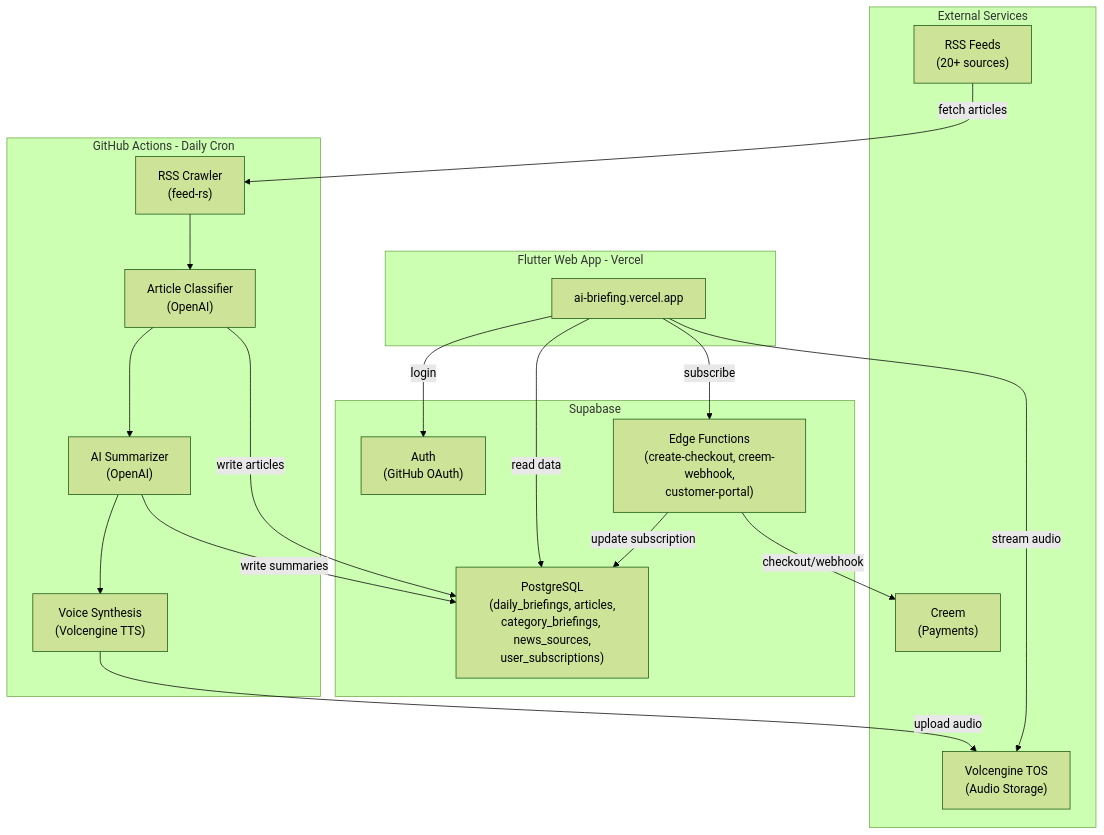
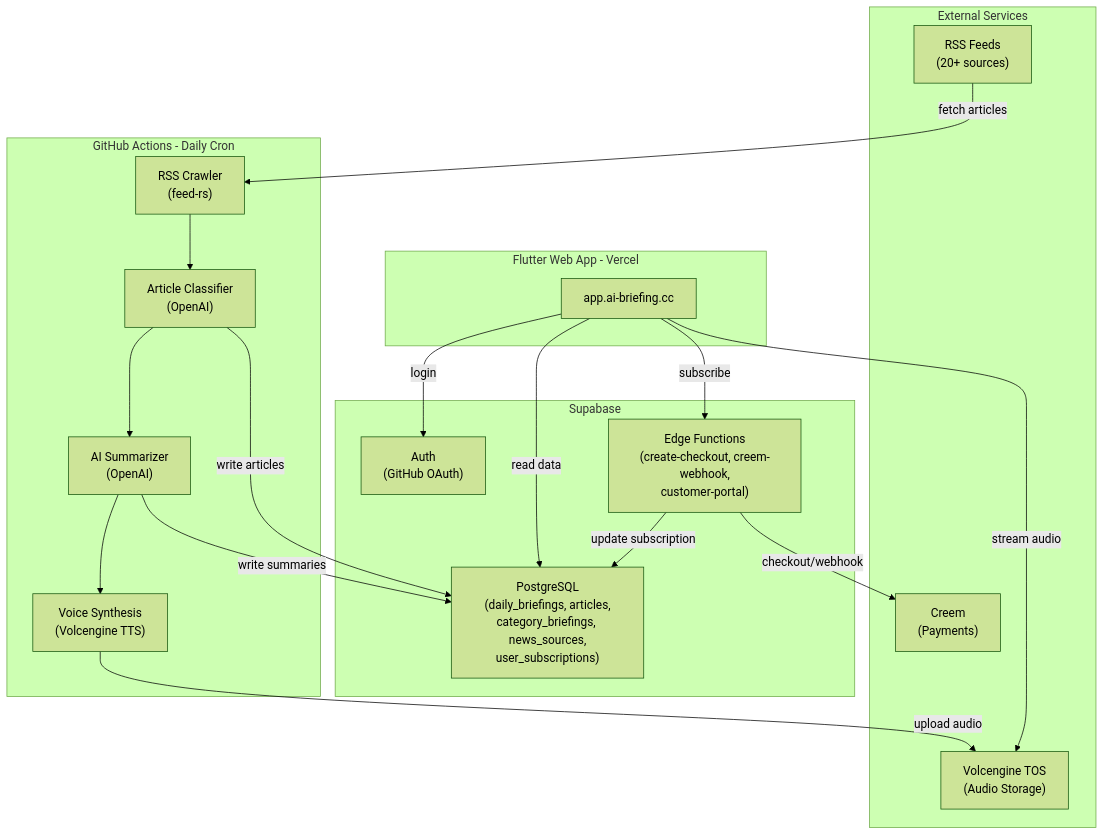
The diagram in README.md (cr7258/ai-briefing), drawn with Mermaid (forest theme) before and after one commit. The commit also changed other lines of this file and 8 other files, not shown here.

````diff
--- a/README.md
+++ b/README.md
@@ -9,40 +9,40 @@
 ```mermaid
 flowchart TB
     subgraph github_actions [GitHub Actions - Daily Cron]
         Crawler["RSS Crawler<br/>(feed-rs)"]
         Summarizer["AI Summarizer<br/>(OpenAI)"]
         Classifier["Article Classifier<br/>(OpenAI)"]
         TTS["Voice Synthesis<br/>(Volcengine TTS)"]
     end
 
     subgraph supabase [Supabase]
         DB["PostgreSQL<br/>(daily_briefings, articles,<br/>category_briefings, news_sources,<br/>user_subscriptions)"]
         Auth["Auth<br/>(GitHub OAuth)"]
         EdgeFn["Edge Functions<br/>(create-checkout, creem-webhook,<br/>customer-portal)"]
     end
 
     subgraph external [External Services]
         RSS["RSS Feeds<br/>(20+ sources)"]
         TOS["Volcengine TOS<br/>(Audio Storage)"]
         Creem["Creem<br/>(Payments)"]
     end
 
     subgraph client [Flutter Web App - Vercel]
-        App["ai-briefing.vercel.app"]
+        App["app.ai-briefing.cc"]
     end
 
     RSS -->|"fetch articles"| Crawler
     Crawler --> Classifier
     Classifier --> Summarizer
     Summarizer --> TTS
     TTS -->|"upload audio"| TOS
     Summarizer -->|"write summaries"| DB
     Classifier -->|"write articles"| DB
 
     App -->|"read data"| DB
     App -->|"login"| Auth
     App -->|"subscribe"| EdgeFn
     EdgeFn -->|"checkout/webhook"| Creem
     EdgeFn -->|"update subscription"| DB
     App -->|"stream audio"| TOS
 ```
````
